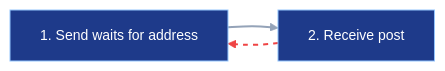
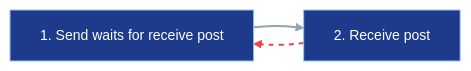
One commit to tenstorrent/tt-lang changed the third of 5 diagrams in docs/development/PipeNets.md. Above: the diagram before and after it, drawn with Mermaid. The commit also changed other lines of this file, not shown here.

Commit message:
Clarify PipeNet receive post semantics

````diff
--- a/docs/development/PipeNets.md
+++ b/docs/development/PipeNets.md
@@ -170,14 +172,14 @@
 ```mermaid
 %%{init: {"theme": "base", "themeVariables": {"primaryColor": "#1e3a8a", "primaryTextColor": "#ffffff", "primaryBorderColor": "#93c5fd", "lineColor": "#94a3b8", "textColor": "#cbd5e1", "fontSize": "14px"}}}%%
 flowchart LR
-    send_wait["1. Send waits for address"]
+    send_wait["1. Send waits for receive post"]
     recv_post["2. Receive post"]
 
     send_wait --> recv_post
     recv_post -.-> send_wait
 
     classDef pipeNode fill:#1e3a8a,stroke:#93c5fd,color:#ffffff
     class send_wait,recv_post pipeNode
     linkStyle 0 stroke:#94a3b8,stroke-width:2px
     linkStyle 1 stroke:#ef4444,stroke-width:2px,stroke-dasharray:5 5
 ```
````
